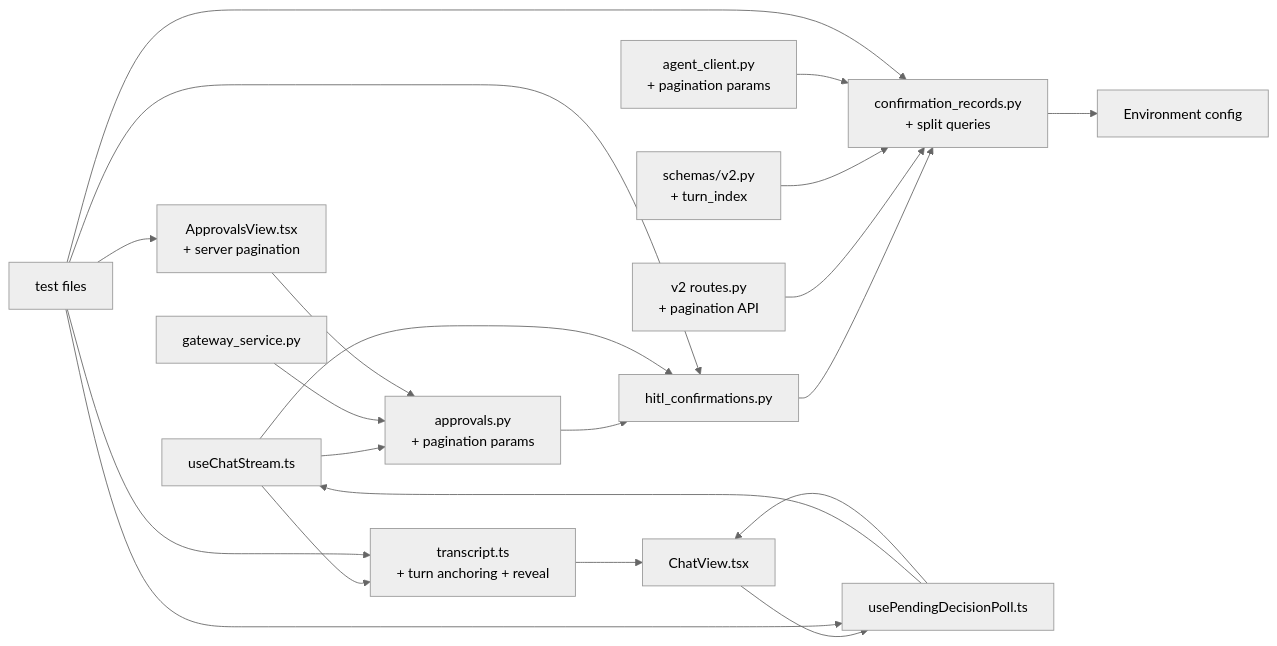
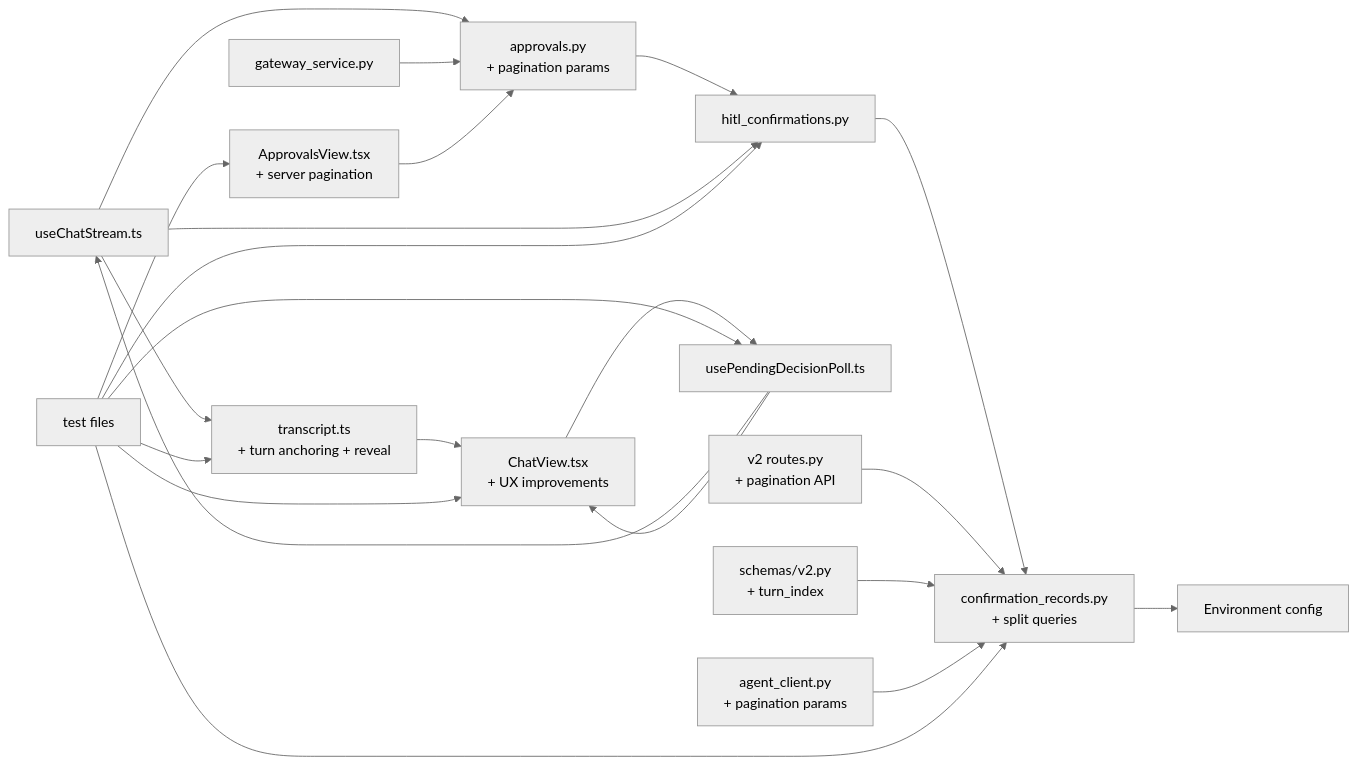
Diagram 13 of 13 in .qoder/repowiki/en/content/Architecture Documentation/SPEC-031_ Approval Inbox and Persistent Confirmation Cards.md (metasync/luban-aiops), drawn with Mermaid (neutral theme) before and after one commit. The commit also changed other lines of this file and 6 other files, not shown here.

````diff
--- a/.qoder/repowiki/en/content/Architecture Documentation/SPEC-031_ Approval Inbox and Persistent Confirmation Cards.md
+++ b/.qoder/repowiki/en/content/Architecture Documentation/SPEC-031_ Approval Inbox and Persistent Confirmation Cards.md
@@ -526,23 +590,24 @@
 ```mermaid
 graph LR
 CR["confirmation_records.py<br/>+ split queries"] --> ENV["Environment config"]
 HITL["hitl_confirmations.py"] --> CR
 APPR["approvals.py<br/>+ pagination params"] --> HITL
 STREAM["useChatStream.ts"] --> APPR
 STREAM --> HITL
 STREAM --> TRANSCRIPT["transcript.ts<br/>+ turn anchoring + reveal"]
 POLL["usePendingDecisionPoll.ts"] --> STREAM
-POLL --> CHATVIEW["ChatView.tsx"]
+POLL --> CHATVIEW["ChatView.tsx<br/>+ UX improvements"]
 CHATVIEW --> POLL
 TRANSCRIPT --> CHATVIEW
 V2["v2 routes.py<br/>+ pagination API"] --> CR
 SCHEMA["schemas/v2.py<br/>+ turn_index"] --> CR
 GSVC["gateway_service.py"] --> APPR
 AC["agent_client.py<br/>+ pagination params"] --> CR
 APPROVALSVIEW["ApprovalsView.tsx<br/>+ server pagination"] --> APPR
 TESTS["test files"] --> CR
 TESTS --> HITL
 TESTS --> POLL
 TESTS --> TRANSCRIPT
 TESTS --> APPROVALSVIEW
+TESTS --> CHATVIEW
 ```
````
